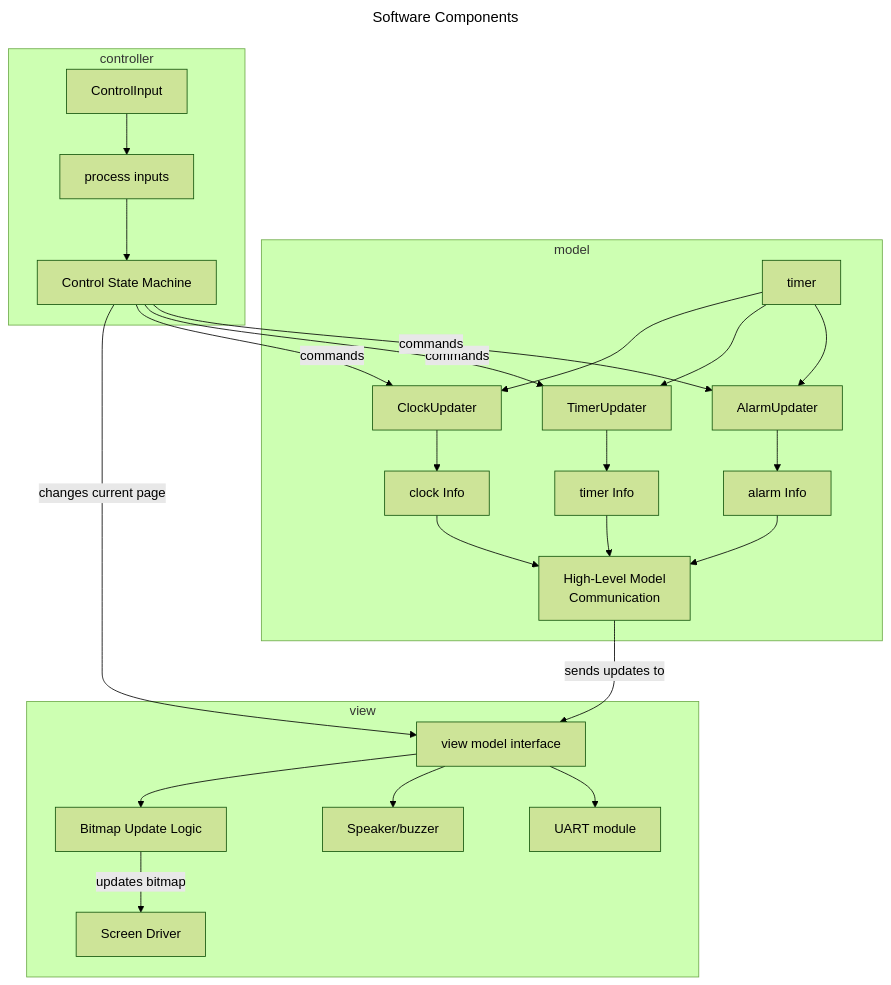
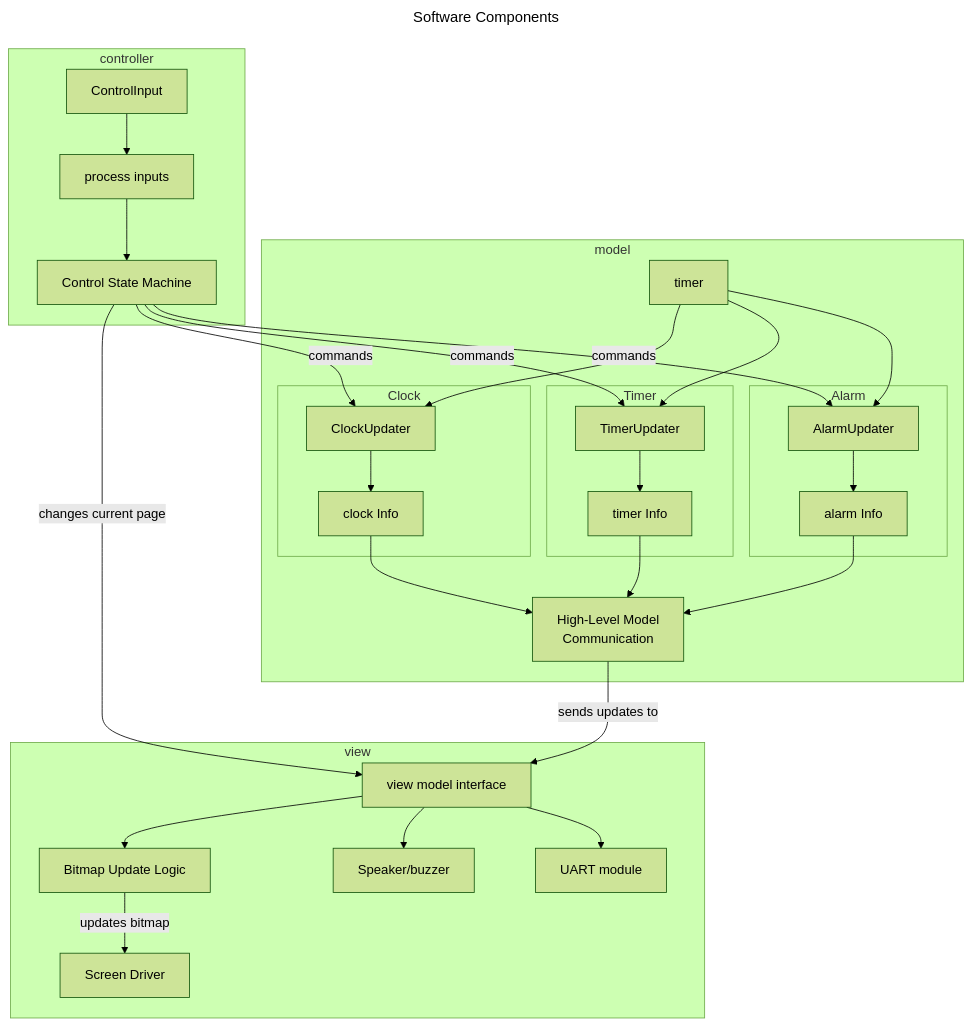
The second of 2 diagrams in readme.md (jack4hughes/embedded_clock_project), drawn with Mermaid (forest theme) before and after one commit. The commit also changed other lines of this file and 10 other files, not shown here.

````diff
--- a/readme.md
+++ b/readme.md
@@ -43,55 +87,68 @@
 ```mermaid
 ---
 title: Software Components
 ---
 flowchart TD
 ScreenDriver[Screen Driver]
 
 subgraph view
   ViewModelInterface[view model interface]
   ScreenDriver
   BitmapLogic[Bitmap Update Logic]
   Speaker[Speaker/buzzer]
   UART[UART module]
   ViewModelInterface --> BitmapLogic
   BitmapLogic -- updates bitmap --> ScreenDriver
 	ViewModelInterface--> Speaker
 	ViewModelInterface--> UART
 end
 
 subgraph model
 timer
 
 timer --> ClockUpdater
 timer --> TimerUpdater
 timer --> AlarmUpdater
+
+subgraph Clock
 ClockInfo[clock Info]
+ClockUpdater
+end
+
+subgraph Timer
 TimerInfo[timer Info]
+TimerUpdater
+end
+
+subgraph Alarm
 AlarmInfo[alarm Info]
+AlarmUpdater
+end
+
 modelViewInterface["High-Level Model
 Communication"]
 
 ClockUpdater --> ClockInfo
 TimerUpdater --> TimerInfo
 AlarmUpdater --> AlarmInfo
 
 ClockInfo --> modelViewInterface
 TimerInfo --> modelViewInterface
 AlarmInfo --> modelViewInterface
 end
 
 subgraph controller
 ControlInput
 ControlPreProcessing[process inputs]
 CurrentStateMachine[Control State Machine]
 
 ControlInput --> ControlPreProcessing
 ControlPreProcessing --> CurrentStateMachine
 end
 
 CurrentStateMachine -- changes current page --> ViewModelInterface
 CurrentStateMachine -- commands --> ClockUpdater
 CurrentStateMachine -- commands --> TimerUpdater
 CurrentStateMachine -- commands --> AlarmUpdater
 modelViewInterface -- sends updates to --> ViewModelInterface
 ```
````
